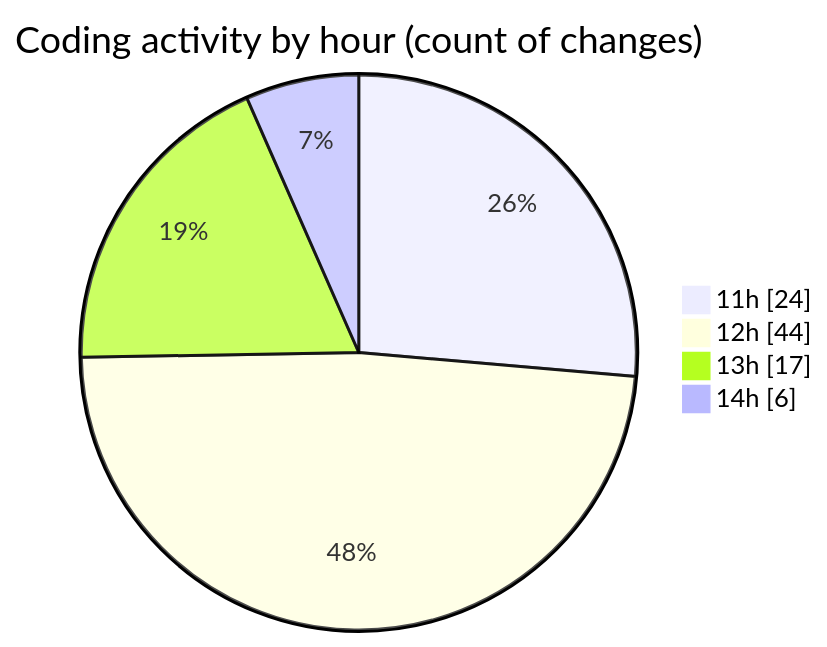
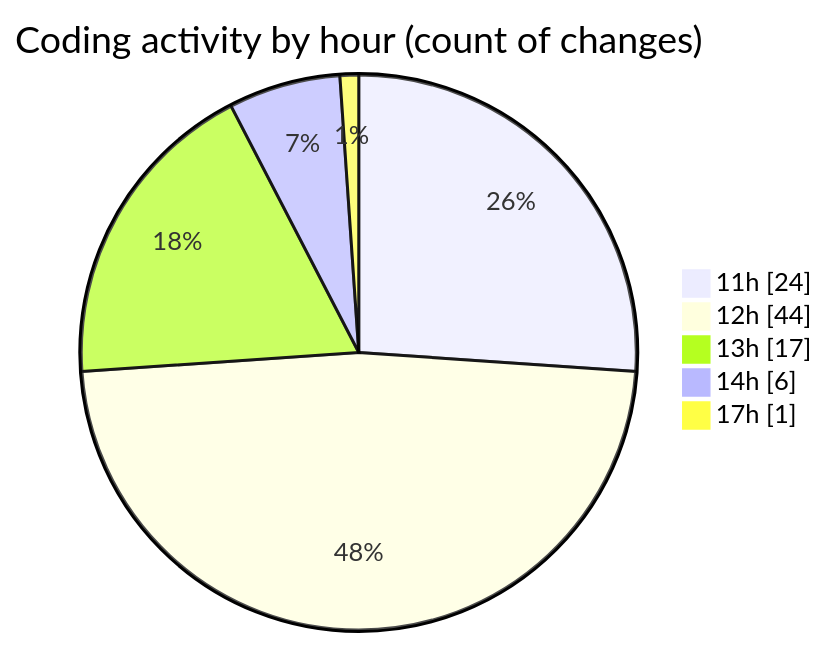
The second of 2 diagrams in 2025-05-10/argos-dev/README.md (nxtqubesakshisongat/code-tracking), drawn with Mermaid before and after one commit. The commit also changed other lines of this file and 1 other file, not shown here.

````diff
--- a/2025-05-10/argos-dev/README.md
+++ b/2025-05-10/argos-dev/README.md
@@ -32,8 +34,9 @@
 ```mermaid
 pie showData
 title Coding activity by hour (count of changes)
 "11h" : 24
 "12h" : 44
 "13h" : 17
 "14h" : 6
+"17h" : 1
 ```
````
